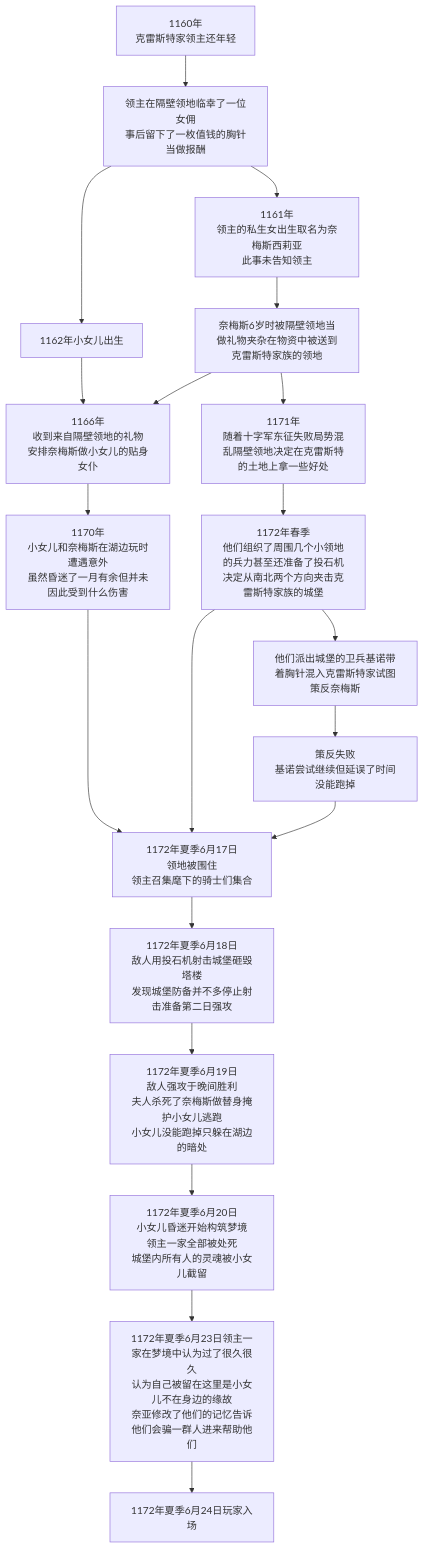
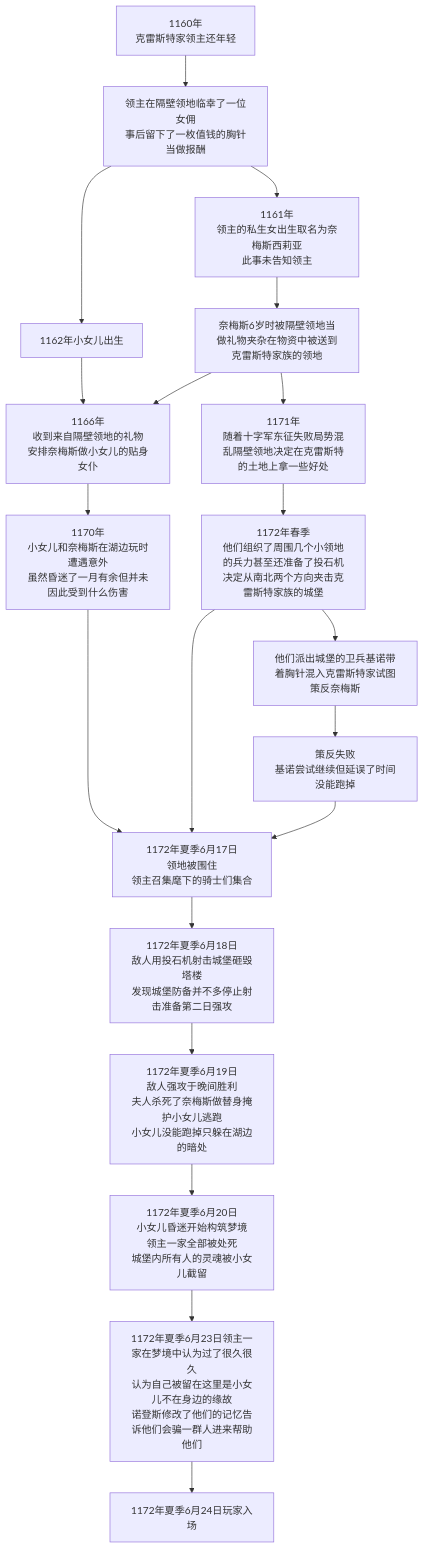
One commit to SitaNya/coc changed the first of 6 diagrams in ullswater/守密人信息.md. Above: the diagram before and after it, drawn with Mermaid. The commit also changed other lines of this file and 1 other file, not shown here.

````diff
--- a/ullswater/守密人信息.md
+++ b/ullswater/守密人信息.md
@@ -210,22 +212,22 @@
 ```mermaid
 graph TB
     start[1160年<br/>克雷斯特家领主还年轻] --> action1[领主在隔壁领地临幸了一位女佣<br/>事后留下了一枚值钱的胸针当做报酬]
     action1-->action50[1162年小女儿出生]
     action50 --> action2[1166年<br/>收到来自隔壁领地的礼物<br/>安排奈梅斯做小女儿的贴身女仆]
     action1-->othorAction1
     othorAction1[1161年<br/>领主的私生女出生取名为奈梅斯西莉亚<br/>此事未告知领主] -->othorAction2
     othorAction2[奈梅斯6岁时被隔壁领地当做礼物夹杂在物资中被送到克雷斯特家族的领地]-->action2
     othorAction2-->othorAction3
     action2 --> action3[1170年<br/>小女儿和奈梅斯在湖边玩时遭遇意外<br/>虽然昏迷了一月有余但并未因此受到什么伤害]
     othorAction3[1171年<br/>随着十字军东征失败局势混乱隔壁领地决定在克雷斯特的土地上拿一些好处]-->othorAction4
     othorAction4[1172年春季<br/>他们组织了周围几个小领地的兵力甚至还准备了投石机<br/>决定从南北两个方向夹击克雷斯特家族的城堡]-->action4
     othorAction4-->othorAction5[他们派出城堡的卫兵基诺带着胸针混入克雷斯特家试图策反奈梅斯]
     othorAction5-->othorAction6[策反失败<br/>基诺尝试继续但延误了时间没能跑掉]
     othorAction6-->action4
     action3 --> action4[1172年夏季6月17日<br/>领地被围住<br/>领主召集麾下的骑士们集合]
         action4-->action5[1172年夏季6月18日<br/>敌人用投石机射击城堡砸毁塔楼<br/>发现城堡防备并不多停止射击准备第二日强攻]
         action5-->action6[1172年夏季6月19日<br/>敌人强攻于晚间胜利<br/>夫人杀死了奈梅斯做替身掩护小女儿逃跑<br/>小女儿没能跑掉只躲在湖边的暗处]
         action6-->action7[1172年夏季6月20日<br/>小女儿昏迷开始构筑梦境<br/>领主一家全部被处死<br/>城堡内所有人的灵魂被小女儿截留]
-        action7-->action8[1172年夏季6月23日领主一家在梦境中认为过了很久很久<br/>认为自己被留在这里是小女儿不在身边的缘故<br/>奈亚修改了他们的记忆告诉他们会骗一群人进来帮助他们]
+        action7-->action8[1172年夏季6月23日领主一家在梦境中认为过了很久很久<br/>认为自己被留在这里是小女儿不在身边的缘故<br/>诺登斯修改了他们的记忆告诉他们会骗一群人进来帮助他们]
         action8-->stop[1172年夏季6月24日玩家入场] 
 ```
````
